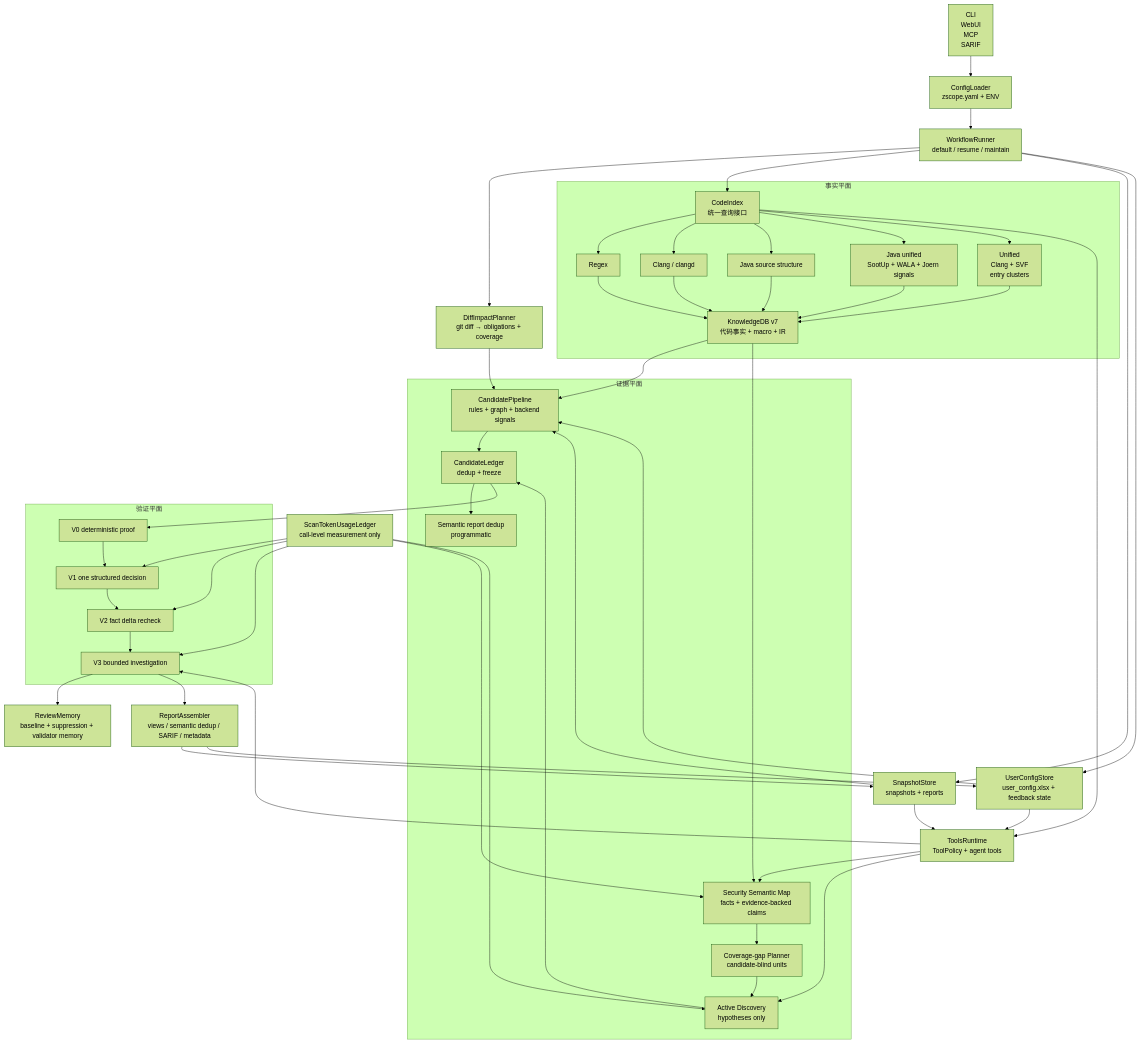
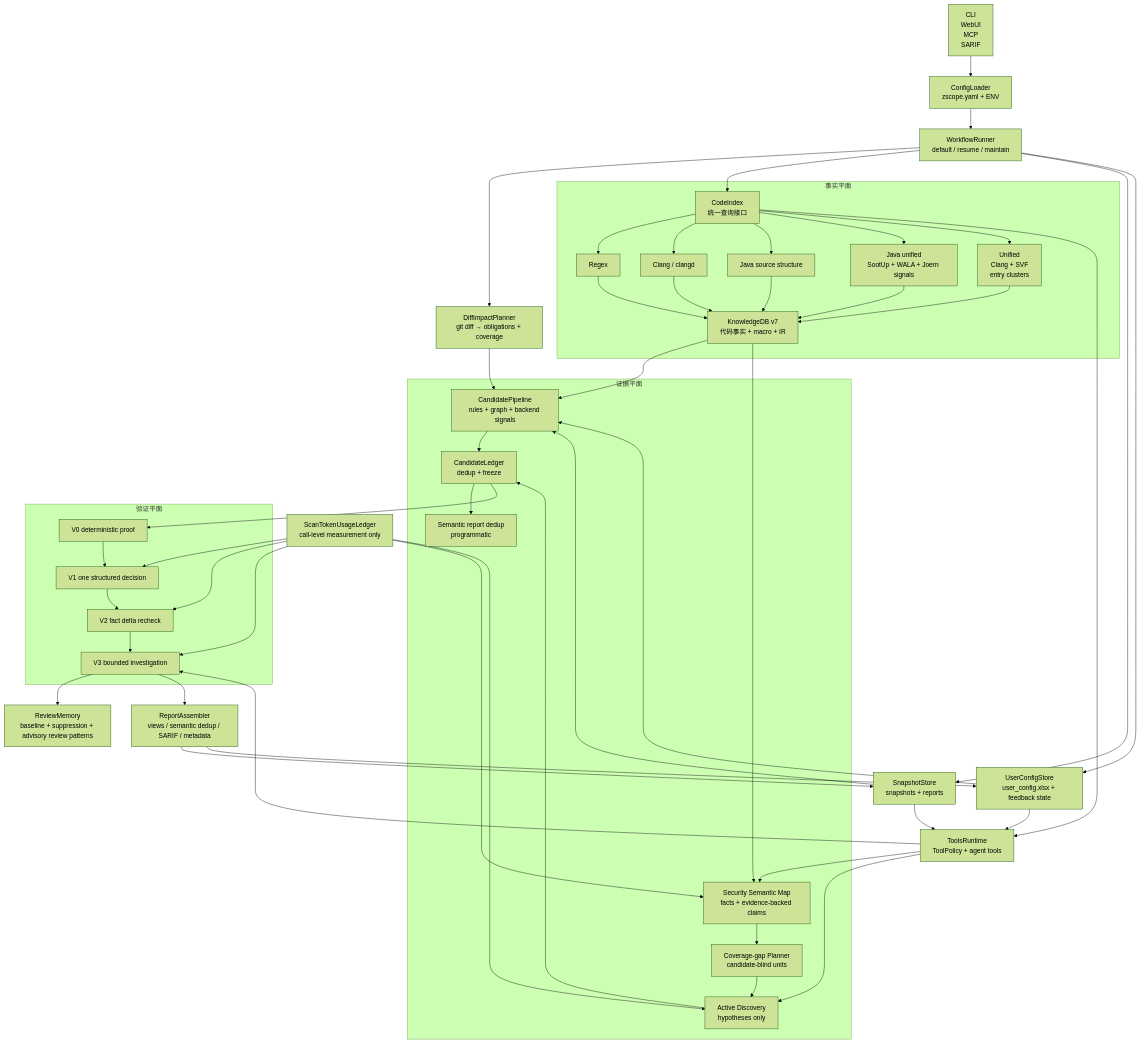
Before and after one commit to zealousness/Z-Scope: the diagram in docs/architecture.md, drawn with Mermaid (forest theme). The commit also changed other lines of this file and 41 other files, not shown here.

Commit message:
Review Memory

````diff
--- a/docs/architecture.md
+++ b/docs/architecture.md
@@ -46,72 +46,72 @@
 ```mermaid
 flowchart TB
     Ingress["CLI<br/>WebUI<br/>MCP<br/>SARIF"]
     Config["ConfigLoader<br/>zscope.yaml + ENV"]
     Workflow["WorkflowRunner<br/>default / resume / maintain"]
     DiffImpact["DiffImpactPlanner<br/>git diff → obligations + coverage"]
 
     subgraph FactPlane["事实平面"]
         Index["CodeIndex<br/>统一查询接口"]
         Regex["Regex"]
         Clang["Clang / clangd"]
         JavaSource["Java source structure"]
         JavaUnified["Java unified<br/>SootUp + WALA + Joern signals"]
         Unified["Unified<br/>Clang + SVF<br/>entry clusters"]
         KDB["KnowledgeDB v7<br/>代码事实 + macro + IR"]
     end
 
     subgraph EvidencePlane["证据平面"]
         Candidate["CandidatePipeline<br/>rules + graph + backend signals"]
         SecurityMap["Security Semantic Map<br/>facts + evidence-backed claims"]
         Gap["Coverage-gap Planner<br/>candidate-blind units"]
         Discovery["Active Discovery<br/>hypotheses only"]
         Ledger["CandidateLedger<br/>dedup + freeze"]
         SemanticDedup["Semantic report dedup<br/>programmatic"]
     end
 
     TokenUsage["ScanTokenUsageLedger<br/>call-level measurement only"]
     subgraph ValidationPlane["验证平面"]
         V0["V0 deterministic proof"]
         V1["V1 one structured decision"]
         V2["V2 fact delta recheck"]
         V3["V3 bounded investigation"]
     end
-    ReviewMemory["ReviewMemory<br/>baseline + suppression + validator memory"]
+ReviewMemory["ReviewMemory<br/>baseline + suppression + advisory review patterns"]
     Tools["ToolsRuntime<br/>ToolPolicy + agent tools"]
     Snapshot["SnapshotStore<br/>snapshots + reports"]
     UserCfg["UserConfigStore<br/>user_config.xlsx + feedback state"]
     Report["ReportAssembler<br/>views / semantic dedup / SARIF / metadata"]
 
     Ingress --> Config --> Workflow
     Workflow --> DiffImpact --> Candidate
     Workflow --> Index
     Index --> Regex --> KDB
     Index --> Clang --> KDB
     Index --> JavaSource --> KDB
     Index --> JavaUnified --> KDB
     Index --> Unified --> KDB
     Workflow --> Snapshot
     Workflow --> UserCfg
     KDB --> Candidate
     Snapshot --> Candidate
     UserCfg --> Candidate
     Candidate --> Ledger
     KDB --> SecurityMap --> Gap --> Discovery --> Ledger
     Ledger --> SemanticDedup
     Ledger --> V0 --> V1 --> V2 --> V3
     TokenUsage --> SecurityMap
     TokenUsage --> Discovery
     TokenUsage --> V1
     TokenUsage --> V2
     TokenUsage --> V3
     V3 --> ReviewMemory
     Tools --> SecurityMap
     Tools --> Discovery
     Tools --> V3
     Index --> Tools
     Snapshot --> Tools
     UserCfg --> Tools
     V3 --> Report
     Report --> Snapshot
     Report --> UserCfg
 ```
````
